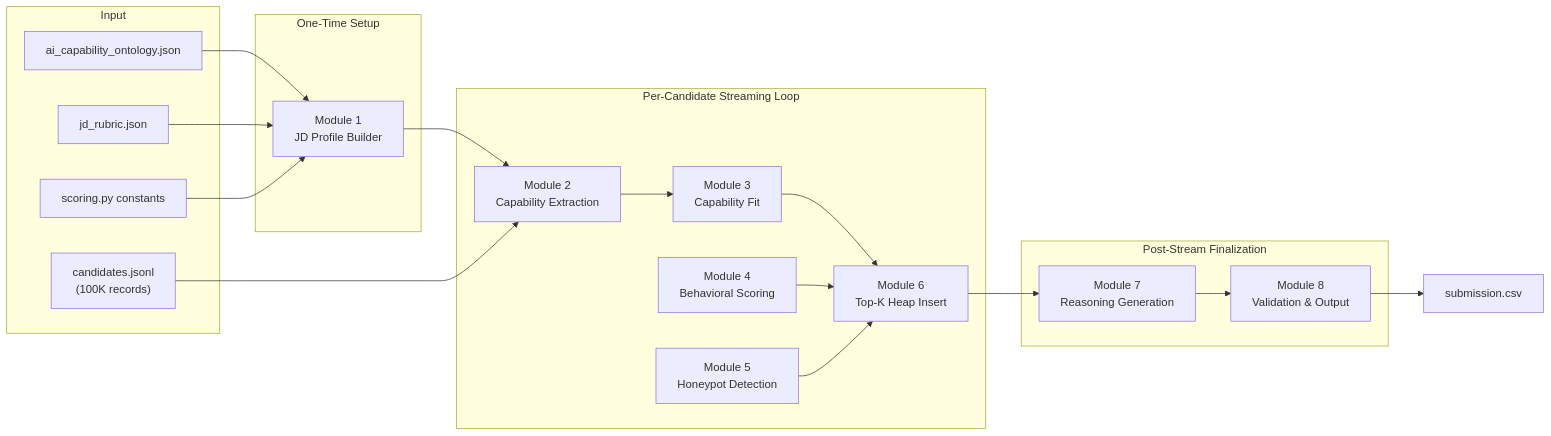
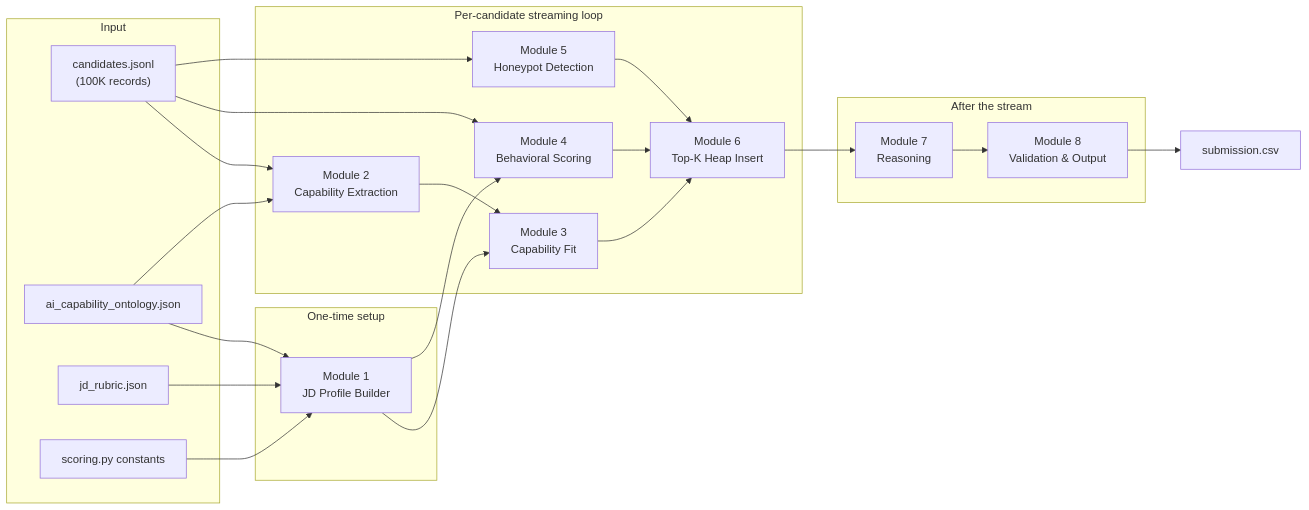
Before and after one commit to nitheshkummarc/WorkLens: the first of 2 diagrams in docs/ARCHITECTURE.md, drawn with Mermaid. The commit also changed other lines of this file and 74 other files, not shown here.

````diff
--- a/docs/ARCHITECTURE.md
+++ b/docs/ARCHITECTURE.md
@@ -11,39 +11,43 @@
 ```mermaid
 graph LR
     subgraph Input
         A["candidates.jsonl<br/>(100K records)"]
         B["ai_capability_ontology.json"]
         C["jd_rubric.json"]
         D["scoring.py constants"]
     end
 
-    subgraph "One-Time Setup"
+    subgraph "One-time setup"
         E["Module 1<br/>JD Profile Builder"]
     end
 
-    subgraph "Per-Candidate Streaming Loop"
+    subgraph "Per-candidate streaming loop"
         F["Module 2<br/>Capability Extraction"]
         G["Module 3<br/>Capability Fit"]
         H["Module 4<br/>Behavioral Scoring"]
         I["Module 5<br/>Honeypot Detection"]
         J["Module 6<br/>Top-K Heap Insert"]
     end
 
-    subgraph "Post-Stream Finalization"
-        K["Module 7<br/>Reasoning Generation"]
+    subgraph "After the stream"
+        K["Module 7<br/>Reasoning"]
         L["Module 8<br/>Validation & Output"]
     end
 
     B --> E
     C --> E
     D --> E
-    E --> F
+    E --> G
+    E --> H
+    B --> F
     A --> F
+    A --> H
+    A --> I
     F --> G
     G --> J
     H --> J
     I --> J
     J --> K
     K --> L
     L --> M["submission.csv"]
 ```
````
